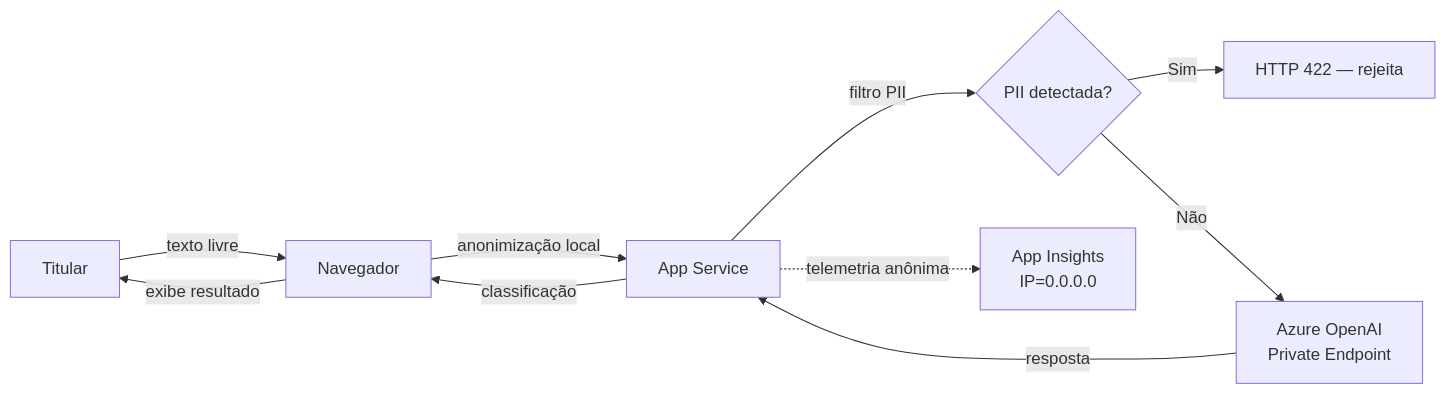
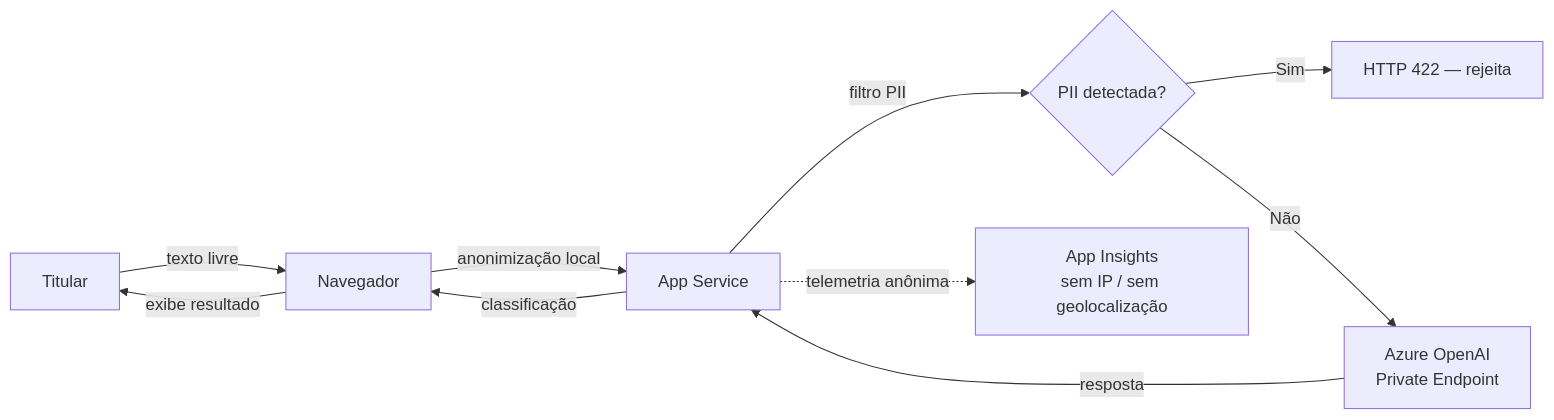
The diagram in docs/RIPD.md (fabiotreze/nossodireito), drawn with Mermaid before and after one commit. The commit also changed other lines of this file and 24 other files, not shown here.

````diff
--- a/docs/RIPD.md
+++ b/docs/RIPD.md
@@ -77,13 +77,13 @@
 ```mermaid
 flowchart LR
     T[Titular] -->|texto livre| B[Navegador]
     B -->|anonimização local| S[App Service]
     S -->|filtro PII| V{PII detectada?}
     V -->|Sim| R[HTTP 422 — rejeita]
     V -->|Não| AI[Azure OpenAI<br>Private Endpoint]
     AI -->|resposta| S
     S -->|classificação| B
     B -->|exibe resultado| T
 
-    S -.->|telemetria anônima| AI2[App Insights<br>IP=0.0.0.0]
+    S -.->|telemetria anônima| AI2[App Insights<br>sem IP / sem geolocalização]
 ```
````
